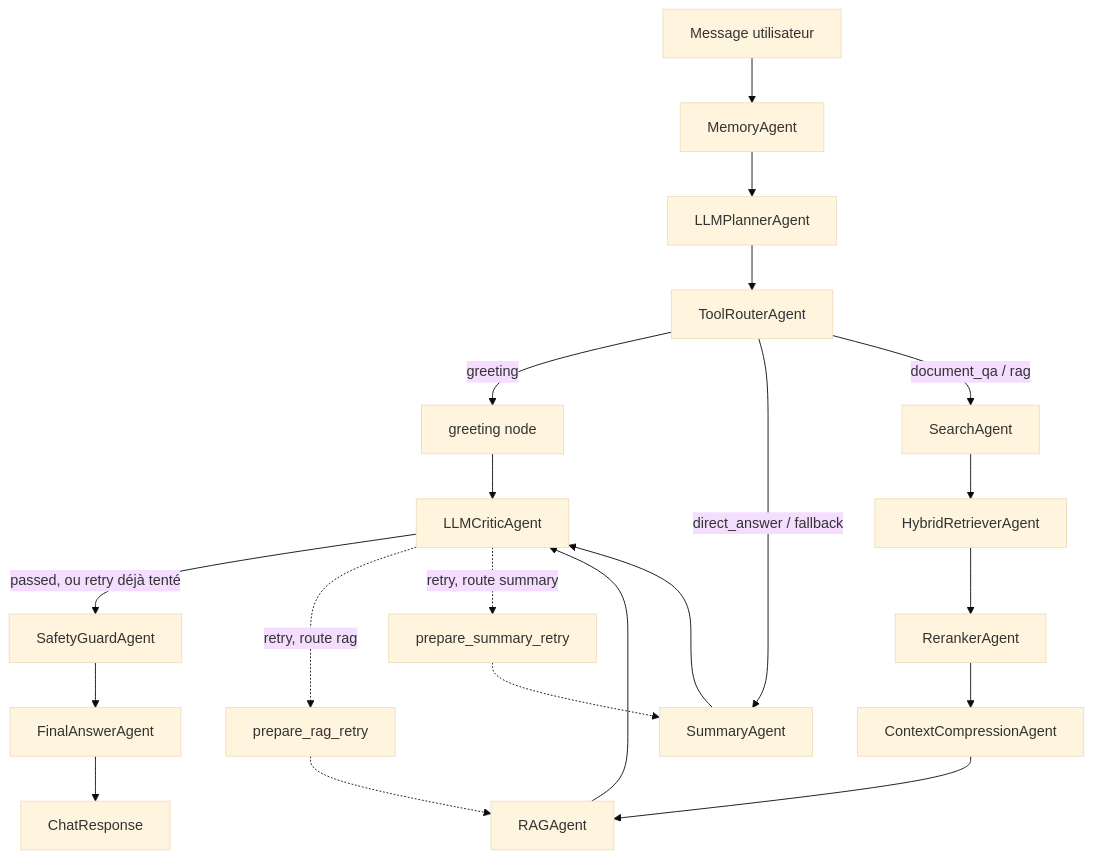
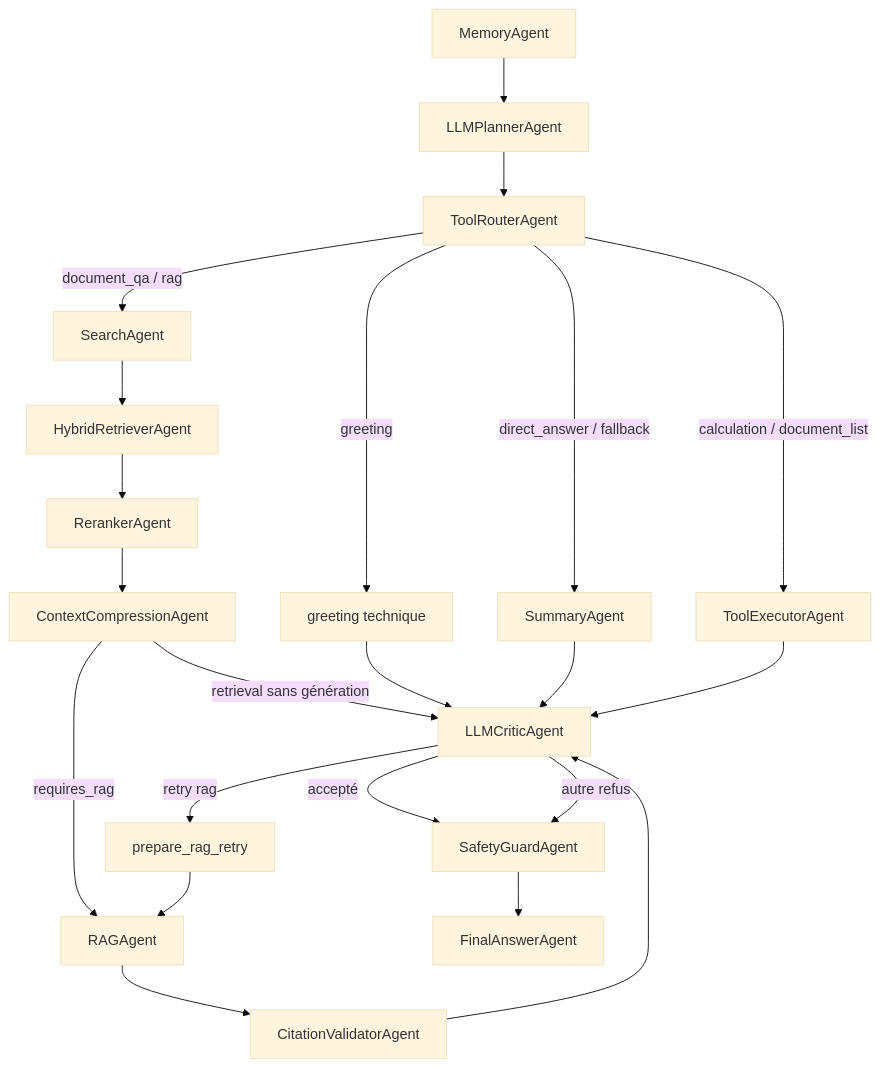
The diagram in docs/AGENTS.md (Manda404/Agentic-AI-Chat-System), drawn with Mermaid (base theme) before and after one commit. The commit also changed other lines of this file and 26 other files, not shown here.

````diff
--- a/docs/AGENTS.md
+++ b/docs/AGENTS.md
@@ -20,24 +31,24 @@
 ```mermaid
 flowchart TD
-    U[Message utilisateur] --> M[MemoryAgent]
-    M --> P[LLMPlannerAgent]
+    M[MemoryAgent] --> P[LLMPlannerAgent]
     P --> T[ToolRouterAgent]
-
-    T -->|greeting| G[greeting node]
+    T -->|greeting| G[greeting technique]
     T -->|direct_answer / fallback| SU[SummaryAgent]
-    T -->|document_qa / rag| SE[SearchAgent]
-
-    SE --> H[HybridRetrieverAgent]
-    H --> RER[RerankerAgent]
-    RER --> CC[ContextCompressionAgent]
-    CC --> RAG[RAGAgent]
-
-    G --> C[LLMCriticAgent]
+    T -->|calculation / document_list| TE[ToolExecutorAgent]
+    T -->|document_qa / rag| S[SearchAgent]
+    S --> H[HybridRetrieverAgent]
+    H --> RR[RerankerAgent]
+    RR --> CC[ContextCompressionAgent]
+    CC -->|requires_rag| RAG[RAGAgent]
+    CC -->|retrieval sans génération| C[LLMCriticAgent]
+    G --> C
     SU --> C
-    RAG --> C
-    C -->|passed, ou retry déjà tenté| SG[SafetyGuardAgent]
-    C -.->|retry, route rag| PRR[prepare_rag_retry] -.-> RAG
-    C -.->|retry, route summary| PSR[prepare_summary_retry] -.-> SU
+    RAG --> CV[CitationValidatorAgent]
+    CV --> C
+    TE --> C
+    C -->|accepté| SG[SafetyGuardAgent]
+    C -->|retry rag| PR[prepare_rag_retry]
+    PR --> RAG
+    C -->|autre refus| SG
     SG --> F[FinalAnswerAgent]
-    F --> API[ChatResponse]
 ```
````
